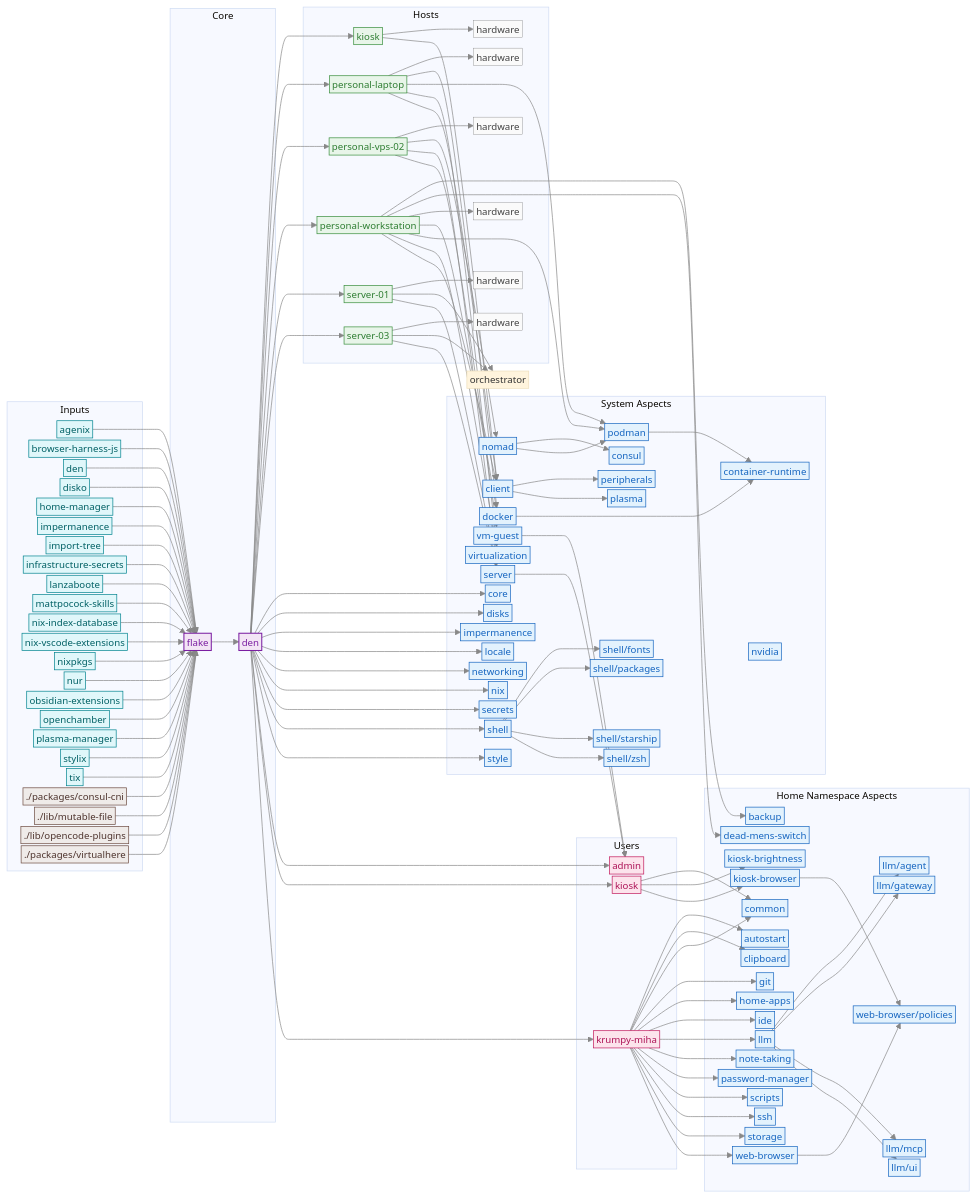
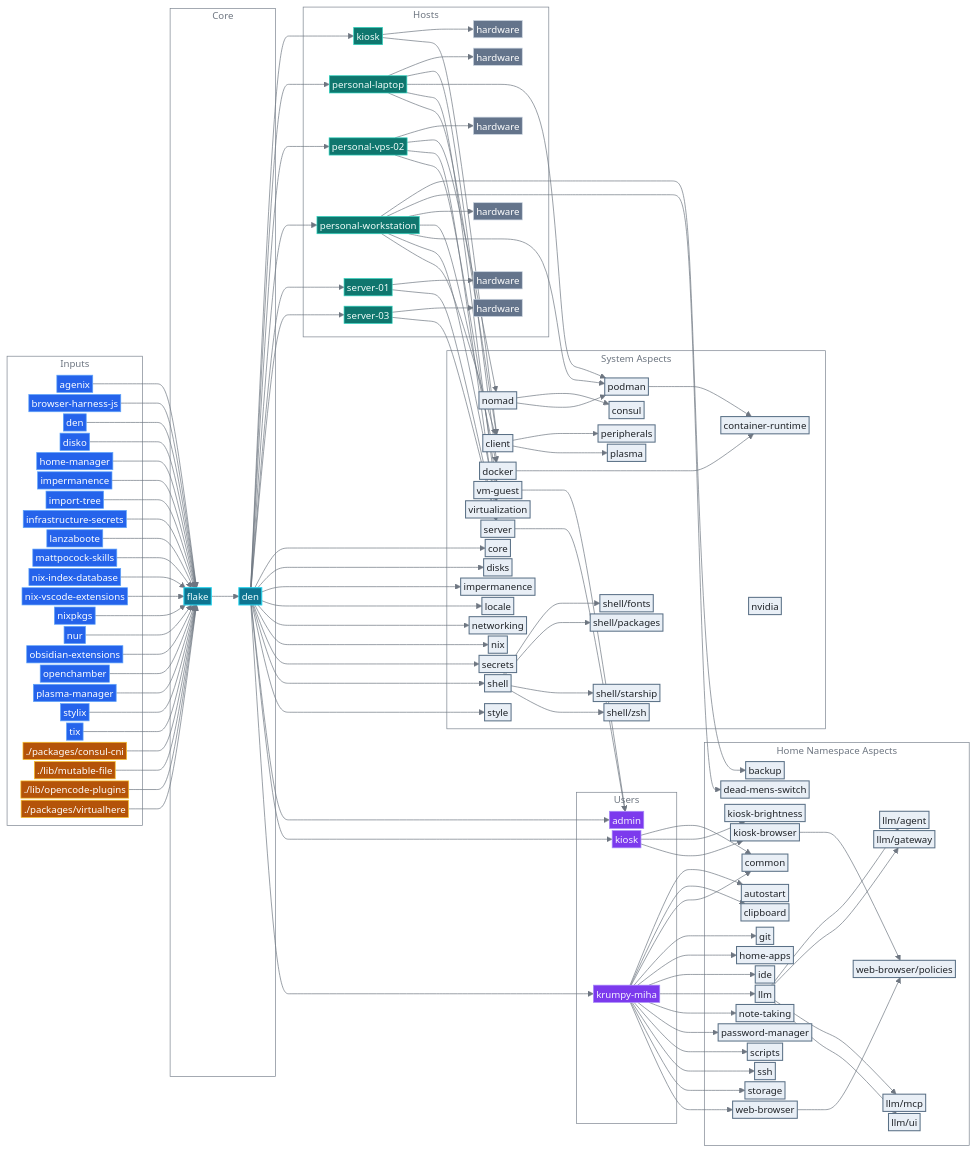
One commit to mihakrumpestar/infrastructure changed the diagram in README.md. Above: the diagram before and after it, drawn with Mermaid. The commit also changed other lines of this file and 21 other files, not shown here.

```diff
--- a/README.md
+++ b/README.md
@@ -137,7 +105,12 @@
   'themeVariables': {
     'fontSize': '14px',
     'fontFamily': 'system-ui',
-    'lineColor': '#888'
+    'lineColor': '#6e7681',
+    'textColor': '#6e7681',
+    'titleColor': '#6e7681',
+    'clusterLabelColor': '#6e7681',
+    'clusterBkg': 'transparent',
+    'clusterBorder': '#7d8590'
   },
   'flowchart': {
     'nodeSpacing': 3,
@@ -150,13 +123,13 @@
 flowchart LR
 
     %% Styles
-    classDef input fill:#e0f7fa,stroke:#00838f,stroke-width:1px,color:#006064
-    classDef local fill:#efebe9,stroke:#6d4c41,stroke-width:1px,color:#4e342e
-    classDef flake fill:#f3e5f5,stroke:#7b1fa2,stroke-width:1.5px,color:#7b1fa2
-    classDef hosts fill:#e8f5e9,stroke:#388e3c,stroke-width:1px,color:#2e7d32
-    classDef users fill:#fce4ec,stroke:#c2185b,stroke-width:1px,color:#ad1457
-    classDef aspect fill:#e3f2fd,stroke:#1565c0,stroke-width:1px,color:#1565c0
-    classDef config fill:#fafafa,stroke:#757575,stroke-width:0.5px,color:#424242
+    classDef input fill:#2563eb,stroke:#60a5fa,stroke-width:1px,color:#ffffff
+    classDef local fill:#b45309,stroke:#fbbf24,stroke-width:1px,color:#ffffff
+    classDef flake fill:#0e7490,stroke:#22d3ee,stroke-width:1.5px,color:#ecfeff
+    classDef hosts fill:#0f766e,stroke:#2dd4bf,stroke-width:1px,color:#f0fdfa
+    classDef users fill:#7c3aed,stroke:#a78bfa,stroke-width:1px,color:#f5f3ff
+    classDef aspect fill:#e9eff6,stroke:#5a7086,stroke-width:1.5px,color:#1f2328
+    classDef config fill:#64748b,stroke:#cbd5e1,stroke-width:1px,color:#ffffff
 
     subgraph Inputs[Inputs]
         input_agenix["agenix"]:::input
@@ -308,10 +281,8 @@
     host_personal_workstation --> opt_virtualization
     host_personal_workstation --> type_client
     host_server_01 --> host_server_01_hardware
-    host_server_01 --> orchestrator
     host_server_01 --> type_server
     host_server_03 --> host_server_03_hardware
-    host_server_03 --> orchestrator
     host_server_03 --> type_server
     input_agenix --> flake
     input_browser_harness_js --> flake
```
